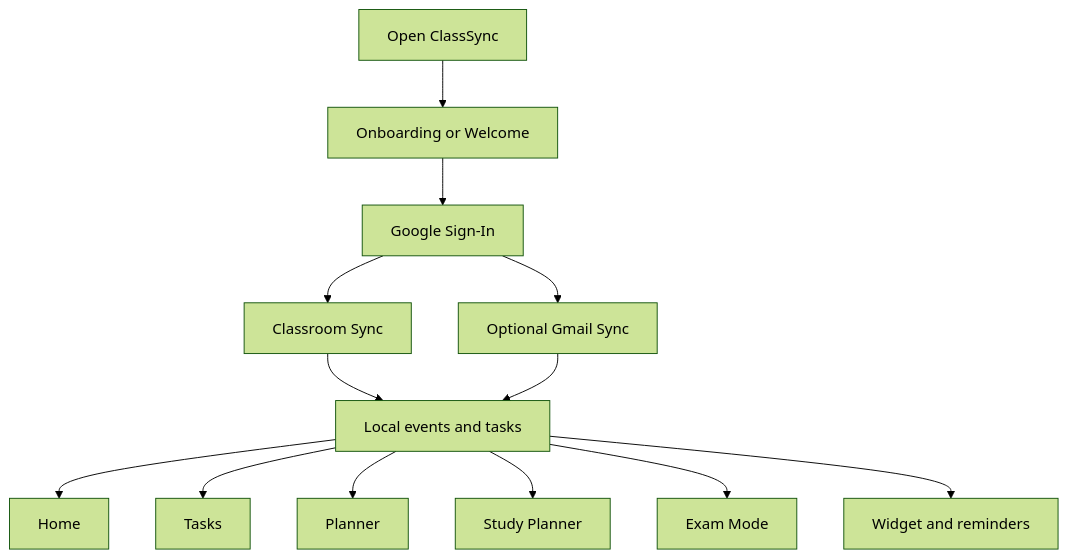
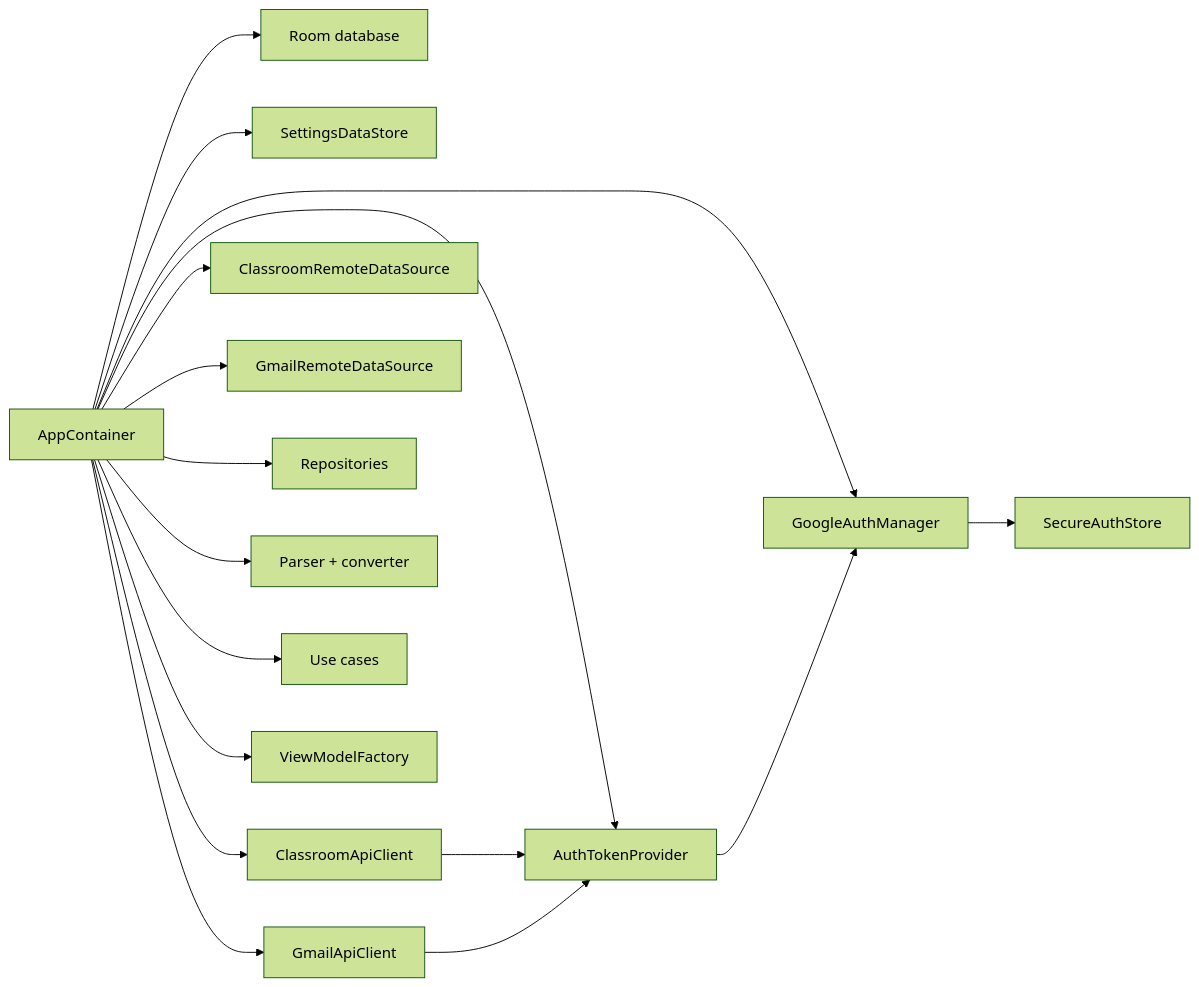
The third of 11 diagrams in docs/User manual.md (InsaneCoder789/ClassSync), drawn with Mermaid (forest theme) before and after one commit. The commit also changed other lines of this file and 16 other files, not shown here.

````diff
--- a/docs/User manual.md
+++ b/docs/User manual.md
@@ -18,15 +167,19 @@
 ```mermaid
-flowchart TD
-    A["Open ClassSync"] --> B["Onboarding or Welcome"]
-    B --> C["Google Sign-In"]
-    C --> D["Classroom Sync"]
-    C --> E["Optional Gmail Sync"]
-    D --> F["Local events and tasks"]
-    E --> F
-    F --> G["Home"]
-    F --> H["Tasks"]
-    F --> I["Planner"]
-    F --> J["Study Planner"]
-    F --> K["Exam Mode"]
-    F --> L["Widget and reminders"]
+flowchart LR
+    A["AppContainer"] --> B["Room database"]
+    A --> C["SettingsDataStore"]
+    A --> D["GoogleAuthManager"]
+    D --> E["SecureAuthStore"]
+    A --> F["AuthTokenProvider"]
+    F --> D
+    A --> G["ClassroomApiClient"]
+    A --> H["GmailApiClient"]
+    G --> F
+    H --> F
+    A --> I["ClassroomRemoteDataSource"]
+    A --> J["GmailRemoteDataSource"]
+    A --> K["Repositories"]
+    A --> L["Parser + converter"]
+    A --> M["Use cases"]
+    A --> N["ViewModelFactory"]
 ```
````
